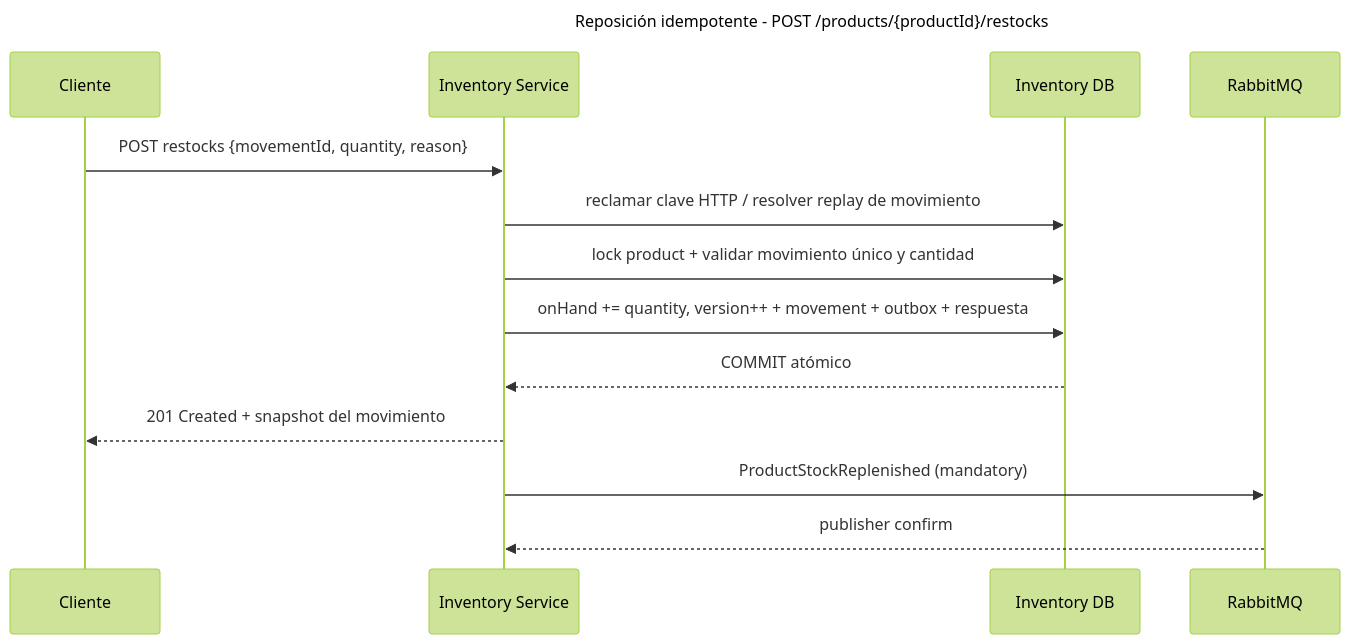
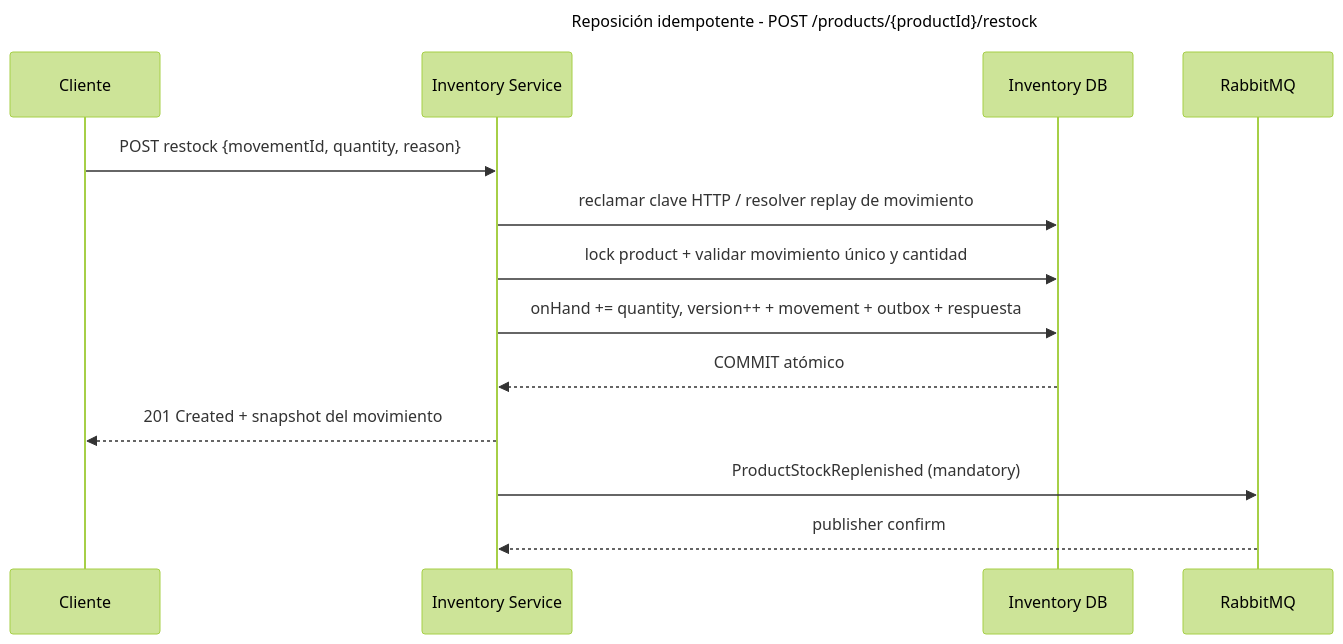
The second of 6 diagrams in docs/architecture/EVENTS-AND-RACES.md (MartinFerrer/PruebaTecnica-SD-Pedidos), drawn with Mermaid (forest theme) before and after one commit. The commit also changed other lines of this file and 124 other files, not shown here.

````diff
--- a/docs/architecture/EVENTS-AND-RACES.md
+++ b/docs/architecture/EVENTS-AND-RACES.md
@@ -120,17 +120,17 @@
 ```mermaid
 sequenceDiagram
-    title Reposición idempotente - POST /products/{productId}/restocks
+    title Reposición idempotente - POST /products/{productId}/restock
     participant C as Cliente
     participant I as Inventory Service
     participant ID as Inventory DB
     participant B as RabbitMQ
 
-    C->>I: POST restocks {movementId, quantity, reason}
+    C->>I: POST restock {movementId, quantity, reason}
     I->>ID: reclamar clave HTTP / resolver replay de movimiento
     I->>ID: lock product + validar movimiento único y cantidad
     I->>ID: onHand += quantity, version++ + movement + outbox + respuesta
     ID-->>I: COMMIT atómico
     I-->>C: 201 Created + snapshot del movimiento
     I->>B: ProductStockReplenished (mandatory)
     B-->>I: publisher confirm
 ```
````
